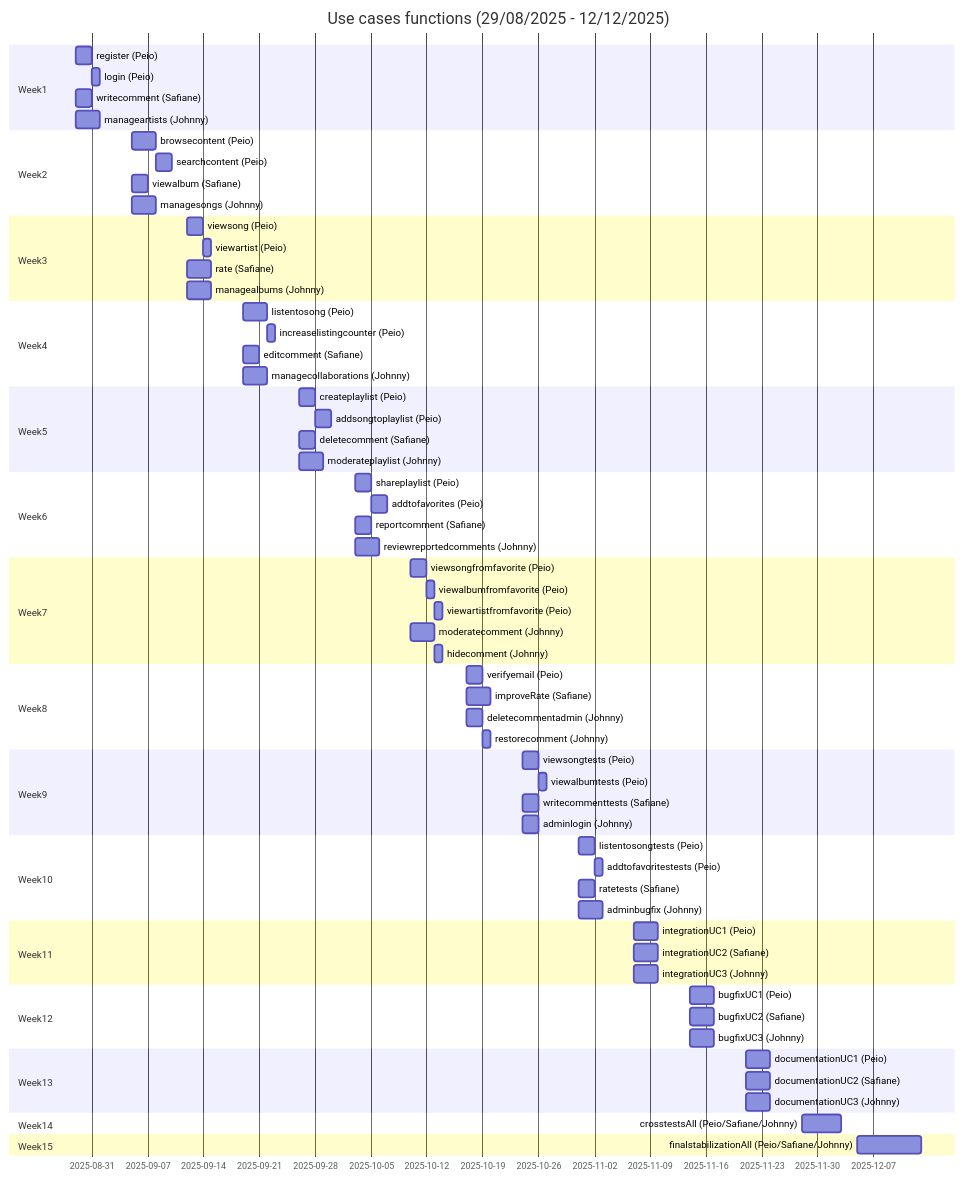
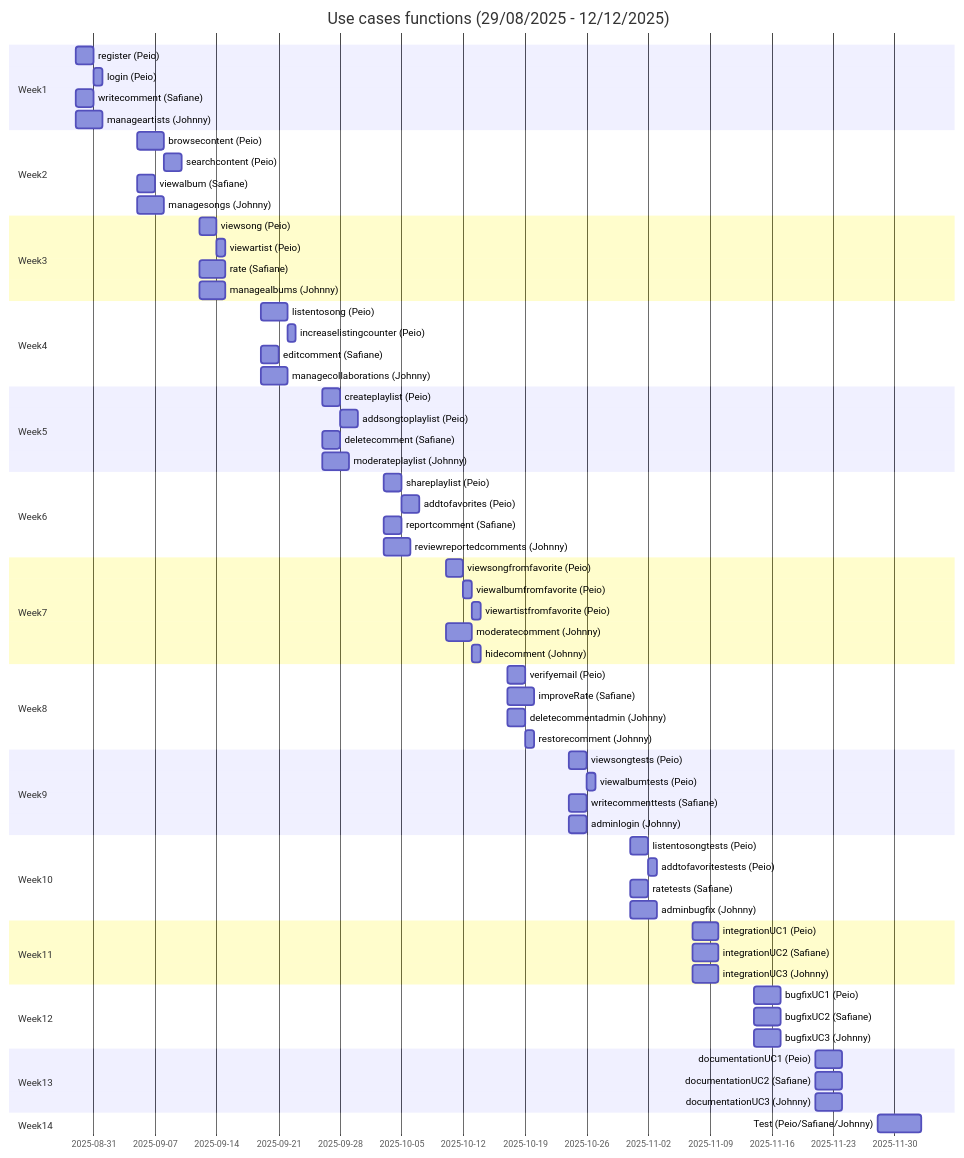
One commit to Safiane/Project_S5 changed the diagram in README.md. Above: the diagram before and after it, drawn with Mermaid.

````diff
--- a/README.md
+++ b/README.md
@@ -129,9 +129,7 @@
 
     %% WEEK 14
     section Week14
-    crosstestsAll (Peio/Safiane/Johnny) :w14_all, 2025-11-28, 5d
+    Test (Peio/Safiane/Johnny) :w14_all, 2025-11-28, 5d
 
-    %% WEEK 15
-    section Week15
-    finalstabilizationAll (Peio/Safiane/Johnny) :w15_all, 2025-12-05, 8d
+  
 ```
````
